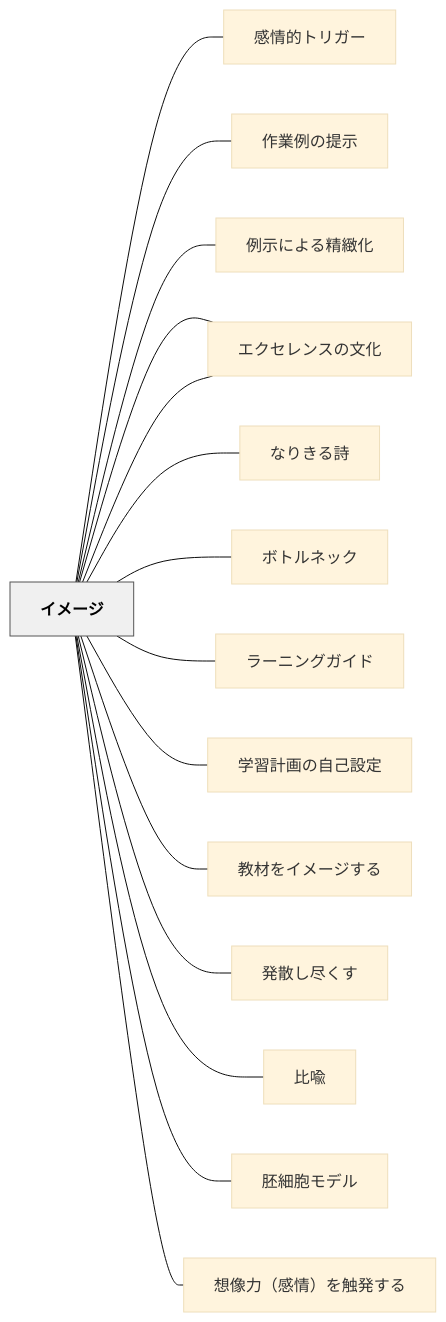
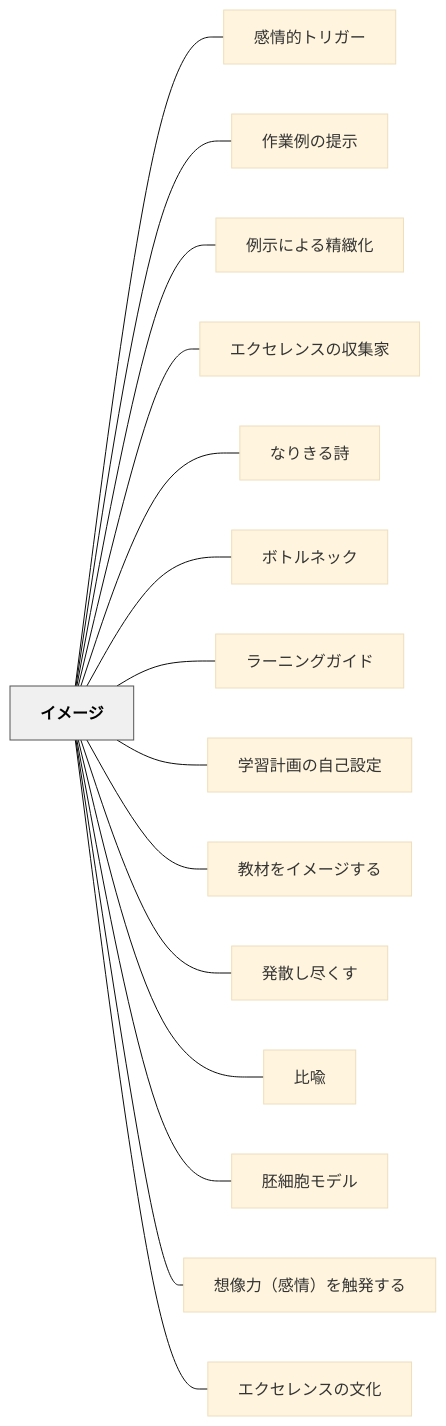
Before and after one commit to unknownthings-ed-patterns/unknownthings-ed-patterns: the diagram in content/パタン/イメージ.md, drawn with Mermaid (base theme). The commit also changed 527 other files, not shown here.

````diff
--- a/content/パタン/イメージ.md
+++ b/content/パタン/イメージ.md
@@ -66,36 +66,36 @@
 ```mermaid
 flowchart LR
-    ne382a4e383a1["イメージ"]
-    ne6849fe68385["感情的トリガー"]
-    ne4bd9ce6a5ad["作業例の提示"]
-    ne4be8be7a4ba["例示による精緻化"]
-    ne382a8e382af["エクセレンスの収集家"]
-    ne381aae3828a["なりきる詩"]
-    ne3839ce38388["ボトルネック"]
-    ne383a9e383bc["ラーニングガイド"]
-    ne5ada6e7bf92["学習計画の自己設定"]
-    ne69599e69d90["教材をイメージする"]
-    ne799bae695a3["発散し尽くす"]
+    ne382a4e383a1e383bce382b8["イメージ"]
+    ne6849fe68385e79a84e38388e383aae382ace383bc["感情的トリガー"]
+    ne4bd9ce6a5ade4be8be381aee68f90e7a4ba["作業例の提示"]
+    ne4be8be7a4bae381abe38288e3828be7b2bee7b7bbe58c96["例示による精緻化"]
+    ne382a8e382afe382bbe383ace383b3e382b9e381aee58f8ee99b86e5aeb6["エクセレンスの収集家"]
+    ne381aae3828ae3818de3828be8a9a9["なりきる詩"]
+    ne3839ce38388e383abe3838de38383e382af["ボトルネック"]
+    ne383a9e383bce3838be383b3e382b0e382ace382a4e38389["ラーニングガイド"]
+    ne5ada6e7bf92e8a888e794bbe381aee887aae5b7b1e8a8ade5ae9a["学習計画の自己設定"]
+    ne69599e69d90e38292e382a4e383a1e383bce382b8e38199e3828b["教材をイメージする"]
+    ne799bae695a3e38197e5b0bde3818fe38199["発散し尽くす"]
     ne6af94e596a9["比喩"]
-    ne8839ae7b4b0["胚細胞モデル"]
-    ne683b3e5838f["想像力（感情）を触発する"]
-    ne382a8e382af["エクセレンスの文化"]
+    ne8839ae7b4b0e8839ee383a2e38387e383ab["胚細胞モデル"]
+    ne683b3e5838fe58a9befbc88e6849fe68385efbc89e38292e8a7a6e799bae38199e3828b["想像力（感情）を触発する"]
+    ne382a8e382afe382bbe383ace383b3e382b9e381aee69687e58c96["エクセレンスの文化"]
 
-    ne382a4e383a1 --- ne6849fe68385
-    ne382a4e383a1 --- ne4bd9ce6a5ad
-    ne382a4e383a1 --- ne4be8be7a4ba
-    ne382a4e383a1 --- ne382a8e382af
-    ne382a4e383a1 --- ne381aae3828a
-    ne382a4e383a1 --- ne3839ce38388
-    ne382a4e383a1 --- ne383a9e383bc
-    ne382a4e383a1 --- ne5ada6e7bf92
-    ne382a4e383a1 --- ne69599e69d90
-    ne382a4e383a1 --- ne799bae695a3
-    ne382a4e383a1 --- ne6af94e596a9
-    ne382a4e383a1 --- ne8839ae7b4b0
-    ne382a4e383a1 --- ne683b3e5838f
-    ne382a4e383a1 --- ne382a8e382af
+    ne382a4e383a1e383bce382b8 --- ne6849fe68385e79a84e38388e383aae382ace383bc
+    ne382a4e383a1e383bce382b8 --- ne4bd9ce6a5ade4be8be381aee68f90e7a4ba
+    ne382a4e383a1e383bce382b8 --- ne4be8be7a4bae381abe38288e3828be7b2bee7b7bbe58c96
+    ne382a4e383a1e383bce382b8 --- ne382a8e382afe382bbe383ace383b3e382b9e381aee58f8ee99b86e5aeb6
+    ne382a4e383a1e383bce382b8 --- ne381aae3828ae3818de3828be8a9a9
+    ne382a4e383a1e383bce382b8 --- ne3839ce38388e383abe3838de38383e382af
+    ne382a4e383a1e383bce382b8 --- ne383a9e383bce3838be383b3e382b0e382ace382a4e38389
+    ne382a4e383a1e383bce382b8 --- ne5ada6e7bf92e8a888e794bbe381aee887aae5b7b1e8a8ade5ae9a
+    ne382a4e383a1e383bce382b8 --- ne69599e69d90e38292e382a4e383a1e383bce382b8e38199e3828b
+    ne382a4e383a1e383bce382b8 --- ne799bae695a3e38197e5b0bde3818fe38199
+    ne382a4e383a1e383bce382b8 --- ne6af94e596a9
+    ne382a4e383a1e383bce382b8 --- ne8839ae7b4b0e8839ee383a2e38387e383ab
+    ne382a4e383a1e383bce382b8 --- ne683b3e5838fe58a9befbc88e6849fe68385efbc89e38292e8a7a6e799bae38199e3828b
+    ne382a4e383a1e383bce382b8 --- ne382a8e382afe382bbe383ace383b3e382b9e381aee69687e58c96
 
     classDef hub fill:#f0f0f0,stroke:#555,color:#000,font-weight:bold
-    class ne382a4e383a1 hub
+    class ne382a4e383a1e383bce382b8 hub
 ```
````
